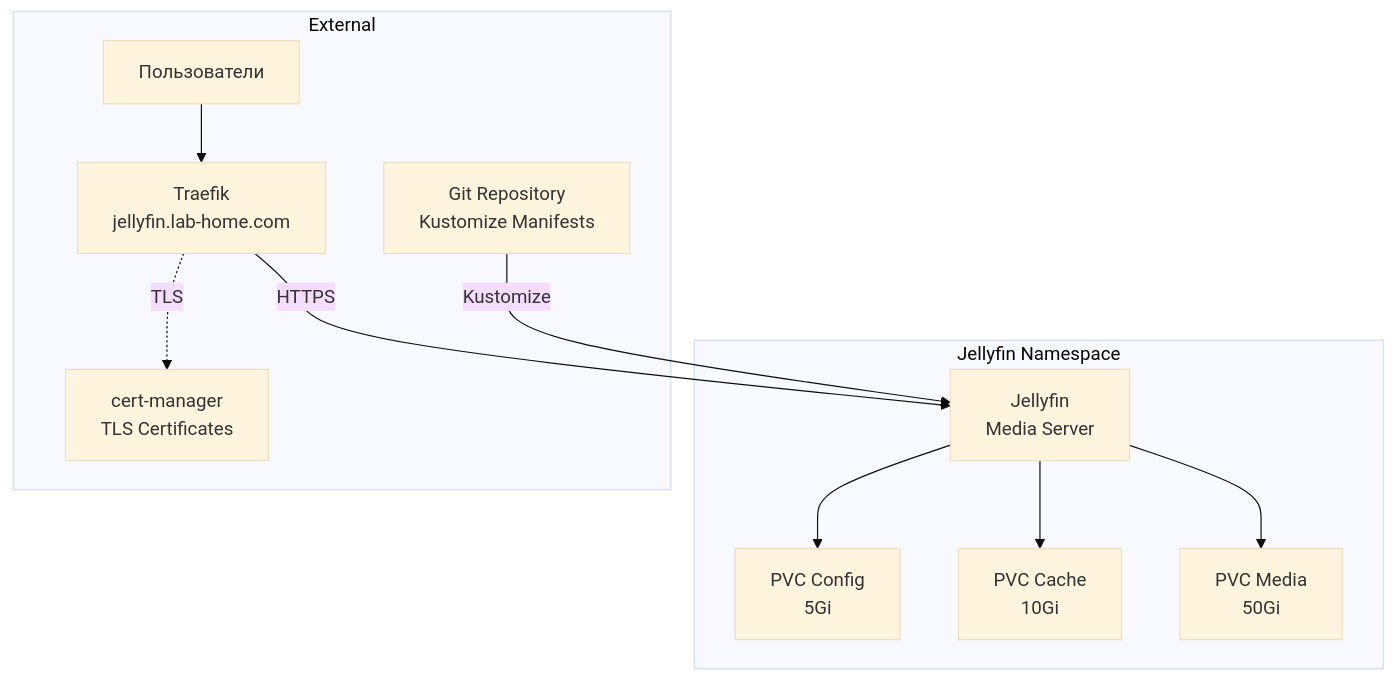
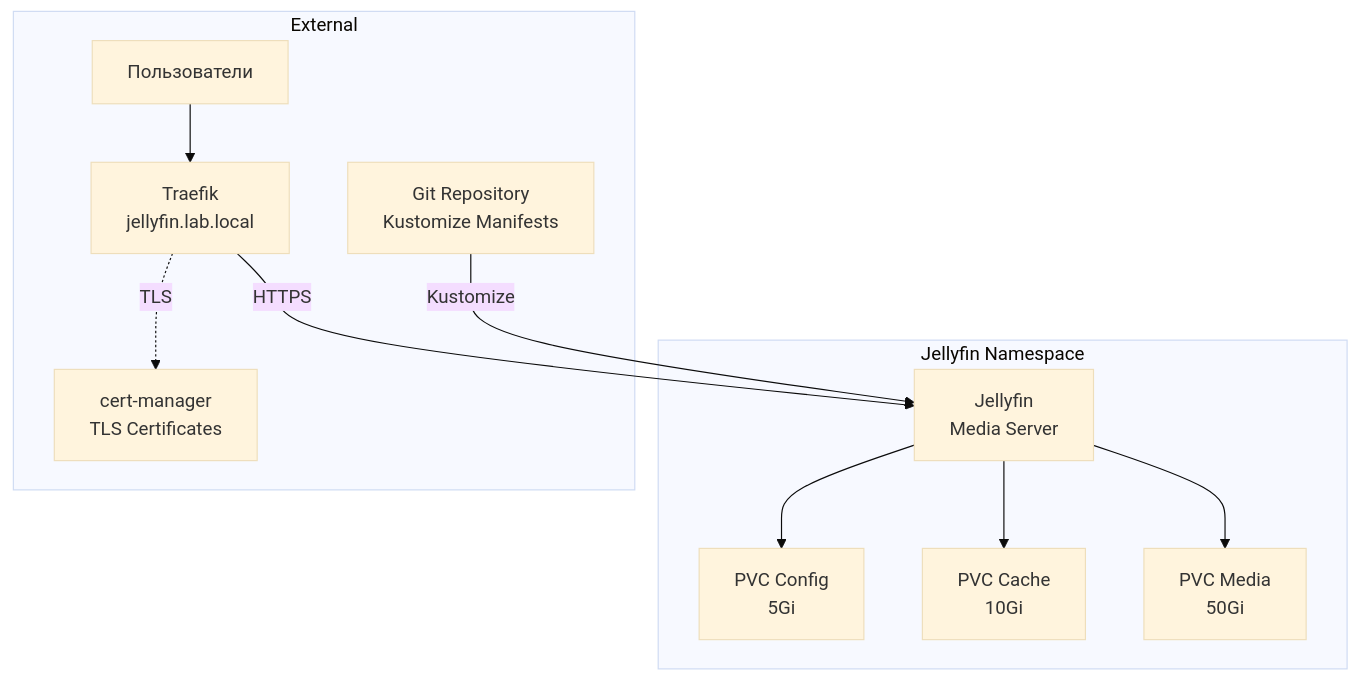
Before and after one commit to barmaglot351/k3s-test: the diagram in argocd-apps/media-server-stack/jellyfin/README.md, drawn with Mermaid (base theme). The commit also changed other lines of this file and 10 other files, not shown here.

````diff
--- a/argocd-apps/media-server-stack/jellyfin/README.md
+++ b/argocd-apps/media-server-stack/jellyfin/README.md
@@ -89,24 +80,24 @@
 ```mermaid
 graph TB
     subgraph jellyfinNamespace [Jellyfin Namespace]
         Jellyfin[Jellyfin<br/>Media Server]
         ConfigPVC[PVC Config<br/>5Gi]
         CachePVC[PVC Cache<br/>10Gi]
         MediaPVC[PVC Media<br/>50Gi]
     end
     
     subgraph external [External]
-        Ingress[Traefik<br/>jellyfin.lab-home.com]
+        Ingress[Traefik<br/>jellyfin.lab.local]
         CertManager[cert-manager<br/>TLS Certificates]
         Users[Пользователи]
         GitRepo[Git Repository<br/>Kustomize Manifests]
     end
     
     Users --> Ingress
     Ingress -->|HTTPS| Jellyfin
     Ingress -.->|TLS| CertManager
     Jellyfin --> ConfigPVC
     Jellyfin --> CachePVC
     Jellyfin --> MediaPVC
     GitRepo -->|Kustomize| Jellyfin
 ```
````
